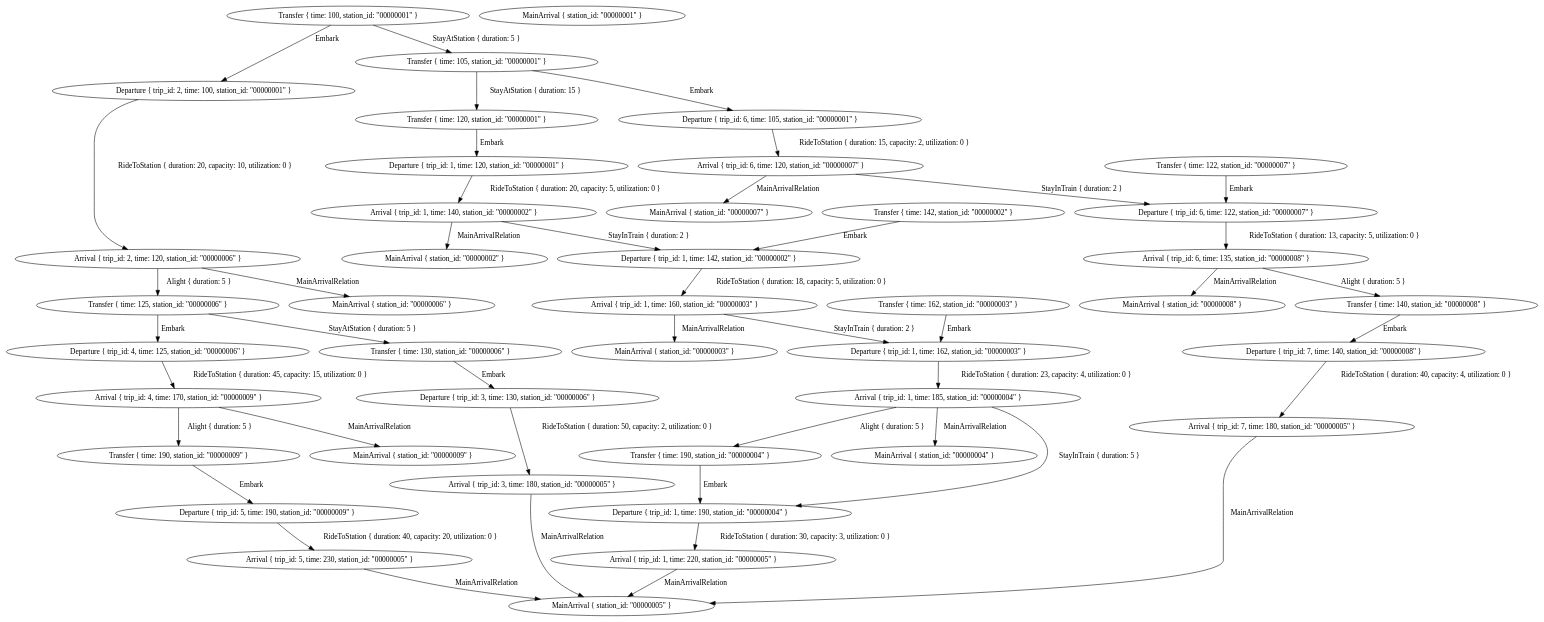
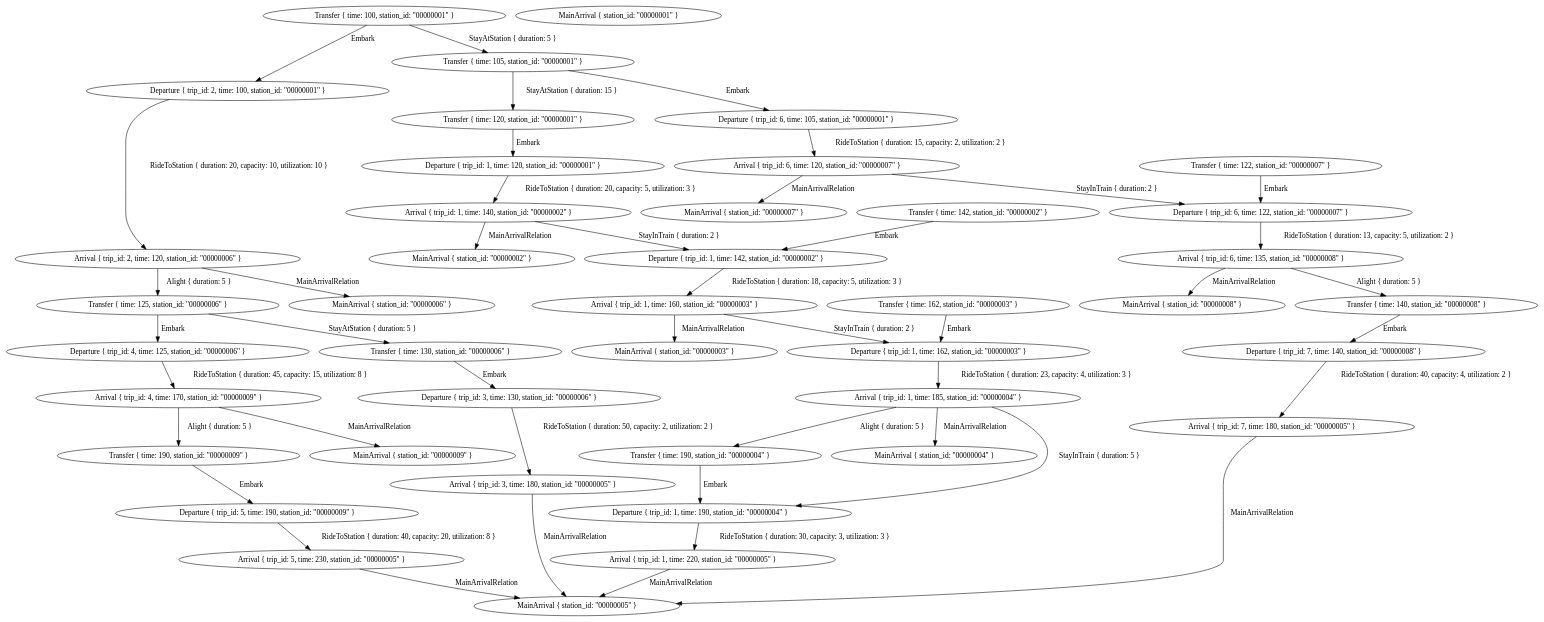
One commit to eliaswendt/mcfp-optimizer changed the diagram in graph.dot. Above: the diagram before and after it, drawn with Graphviz. The commit also changed 8 other files, not shown here.

```diff
--- a/graph.dot
+++ b/graph.dot
@@ -1,88 +1,88 @@
 digraph {
-    0 [ label = "Arrival { trip_id: 7, time: 180, station_id: \"00000005\" }" ]
-    1 [ label = "Departure { trip_id: 7, time: 140, station_id: \"00000008\" }" ]
-    2 [ label = "Arrival { trip_id: 6, time: 135, station_id: \"00000008\" }" ]
-    3 [ label = "Departure { trip_id: 6, time: 122, station_id: \"00000007\" }" ]
-    4 [ label = "Arrival { trip_id: 3, time: 180, station_id: \"00000005\" }" ]
-    5 [ label = "Departure { trip_id: 3, time: 130, station_id: \"00000006\" }" ]
-    6 [ label = "Arrival { trip_id: 5, time: 230, station_id: \"00000005\" }" ]
-    7 [ label = "Departure { trip_id: 5, time: 190, station_id: \"00000009\" }" ]
+    0 [ label = "Arrival { trip_id: 1, time: 220, station_id: \"00000005\" }" ]
+    1 [ label = "Departure { trip_id: 1, time: 190, station_id: \"00000004\" }" ]
+    2 [ label = "Arrival { trip_id: 2, time: 120, station_id: \"00000006\" }" ]
+    3 [ label = "Departure { trip_id: 2, time: 100, station_id: \"00000001\" }" ]
+    4 [ label = "Arrival { trip_id: 5, time: 230, station_id: \"00000005\" }" ]
+    5 [ label = "Departure { trip_id: 5, time: 190, station_id: \"00000009\" }" ]
+    6 [ label = "Arrival { trip_id: 1, time: 160, station_id: \"00000003\" }" ]
+    7 [ label = "Departure { trip_id: 1, time: 142, station_id: \"00000002\" }" ]
     8 [ label = "Arrival { trip_id: 4, time: 170, station_id: \"00000009\" }" ]
     9 [ label = "Departure { trip_id: 4, time: 125, station_id: \"00000006\" }" ]
-    10 [ label = "Arrival { trip_id: 1, time: 185, station_id: \"00000004\" }" ]
-    11 [ label = "Departure { trip_id: 1, time: 162, station_id: \"00000003\" }" ]
-    12 [ label = "Arrival { trip_id: 1, time: 220, station_id: \"00000005\" }" ]
-    13 [ label = "Departure { trip_id: 1, time: 190, station_id: \"00000004\" }" ]
-    14 [ label = "Arrival { trip_id: 2, time: 120, station_id: \"00000006\" }" ]
-    15 [ label = "Departure { trip_id: 2, time: 100, station_id: \"00000001\" }" ]
-    16 [ label = "Arrival { trip_id: 6, time: 120, station_id: \"00000007\" }" ]
-    17 [ label = "Departure { trip_id: 6, time: 105, station_id: \"00000001\" }" ]
-    18 [ label = "Arrival { trip_id: 1, time: 140, station_id: \"00000002\" }" ]
-    19 [ label = "Departure { trip_id: 1, time: 120, station_id: \"00000001\" }" ]
-    20 [ label = "Arrival { trip_id: 1, time: 160, station_id: \"00000003\" }" ]
-    21 [ label = "Departure { trip_id: 1, time: 142, station_id: \"00000002\" }" ]
-    22 [ label = "MainArrival { station_id: \"00000005\" }" ]
-    23 [ label = "MainArrival { station_id: \"00000002\" }" ]
-    24 [ label = "Transfer { time: 142, station_id: \"00000002\" }" ]
-    25 [ label = "MainArrival { station_id: \"00000008\" }" ]
-    26 [ label = "Transfer { time: 140, station_id: \"00000008\" }" ]
-    27 [ label = "MainArrival { station_id: \"00000003\" }" ]
-    28 [ label = "Transfer { time: 162, station_id: \"00000003\" }" ]
-    29 [ label = "MainArrival { station_id: \"00000001\" }" ]
-    30 [ label = "Transfer { time: 100, station_id: \"00000001\" }" ]
-    31 [ label = "Transfer { time: 105, station_id: \"00000001\" }" ]
-    32 [ label = "Transfer { time: 120, station_id: \"00000001\" }" ]
-    33 [ label = "MainArrival { station_id: \"00000007\" }" ]
-    34 [ label = "Transfer { time: 122, station_id: \"00000007\" }" ]
-    35 [ label = "MainArrival { station_id: \"00000009\" }" ]
-    36 [ label = "Transfer { time: 190, station_id: \"00000009\" }" ]
-    37 [ label = "MainArrival { station_id: \"00000006\" }" ]
+    10 [ label = "Arrival { trip_id: 7, time: 180, station_id: \"00000005\" }" ]
+    11 [ label = "Departure { trip_id: 7, time: 140, station_id: \"00000008\" }" ]
+    12 [ label = "Arrival { trip_id: 1, time: 185, station_id: \"00000004\" }" ]
+    13 [ label = "Departure { trip_id: 1, time: 162, station_id: \"00000003\" }" ]
+    14 [ label = "Arrival { trip_id: 3, time: 180, station_id: \"00000005\" }" ]
+    15 [ label = "Departure { trip_id: 3, time: 130, station_id: \"00000006\" }" ]
+    16 [ label = "Arrival { trip_id: 1, time: 140, station_id: \"00000002\" }" ]
+    17 [ label = "Departure { trip_id: 1, time: 120, station_id: \"00000001\" }" ]
+    18 [ label = "Arrival { trip_id: 6, time: 120, station_id: \"00000007\" }" ]
+    19 [ label = "Departure { trip_id: 6, time: 105, station_id: \"00000001\" }" ]
+    20 [ label = "Arrival { trip_id: 6, time: 135, station_id: \"00000008\" }" ]
+    21 [ label = "Departure { trip_id: 6, time: 122, station_id: \"00000007\" }" ]
+    22 [ label = "MainArrival { station_id: \"00000007\" }" ]
+    23 [ label = "Transfer { time: 122, station_id: \"00000007\" }" ]
+    24 [ label = "MainArrival { station_id: \"00000002\" }" ]
+    25 [ label = "Transfer { time: 142, station_id: \"00000002\" }" ]
+    26 [ label = "MainArrival { station_id: \"00000004\" }" ]
+    27 [ label = "Transfer { time: 190, station_id: \"00000004\" }" ]
+    28 [ label = "MainArrival { station_id: \"00000003\" }" ]
+    29 [ label = "Transfer { time: 162, station_id: \"00000003\" }" ]
+    30 [ label = "MainArrival { station_id: \"00000009\" }" ]
+    31 [ label = "Transfer { time: 190, station_id: \"00000009\" }" ]
+    32 [ label = "MainArrival { station_id: \"00000001\" }" ]
+    33 [ label = "Transfer { time: 100, station_id: \"00000001\" }" ]
+    34 [ label = "Transfer { time: 120, station_id: \"00000001\" }" ]
+    35 [ label = "Transfer { time: 105, station_id: \"00000001\" }" ]
+    36 [ label = "MainArrival { station_id: \"00000006\" }" ]
+    37 [ label = "Transfer { time: 125, station_id: \"00000006\" }" ]
     38 [ label = "Transfer { time: 130, station_id: \"00000006\" }" ]
-    39 [ label = "Transfer { time: 125, station_id: \"00000006\" }" ]
-    40 [ label = "MainArrival { station_id: \"00000004\" }" ]
-    41 [ label = "Transfer { time: 190, station_id: \"00000004\" }" ]
-    1 -> 0 [ label = "RideToStation { duration: 40, capacity: 4, utilization: 0 }" ]
-    3 -> 2 [ label = "RideToStation { duration: 13, capacity: 5, utilization: 0 }" ]
-    5 -> 4 [ label = "RideToStation { duration: 50, capacity: 2, utilization: 0 }" ]
-    7 -> 6 [ label = "RideToStation { duration: 40, capacity: 20, utilization: 0 }" ]
-    9 -> 8 [ label = "RideToStation { duration: 45, capacity: 15, utilization: 0 }" ]
-    11 -> 10 [ label = "RideToStation { duration: 23, capacity: 4, utilization: 0 }" ]
-    13 -> 12 [ label = "RideToStation { duration: 30, capacity: 3, utilization: 0 }" ]
-    15 -> 14 [ label = "RideToStation { duration: 20, capacity: 10, utilization: 0 }" ]
-    17 -> 16 [ label = "RideToStation { duration: 15, capacity: 2, utilization: 0 }" ]
-    19 -> 18 [ label = "RideToStation { duration: 20, capacity: 5, utilization: 0 }" ]
-    21 -> 20 [ label = "RideToStation { duration: 18, capacity: 5, utilization: 0 }" ]
-    6 -> 22 [ label = "MainArrivalRelation" ]
-    0 -> 22 [ label = "MainArrivalRelation" ]
-    4 -> 22 [ label = "MainArrivalRelation" ]
-    12 -> 22 [ label = "MainArrivalRelation" ]
-    24 -> 21 [ label = "Embark" ]
+    39 [ label = "MainArrival { station_id: \"00000008\" }" ]
+    40 [ label = "Transfer { time: 140, station_id: \"00000008\" }" ]
+    41 [ label = "MainArrival { station_id: \"00000005\" }" ]
+    1 -> 0 [ label = "RideToStation { duration: 30, capacity: 3, utilization: 3 }" ]
+    3 -> 2 [ label = "RideToStation { duration: 20, capacity: 10, utilization: 10 }" ]
+    5 -> 4 [ label = "RideToStation { duration: 40, capacity: 20, utilization: 8 }" ]
+    7 -> 6 [ label = "RideToStation { duration: 18, capacity: 5, utilization: 3 }" ]
+    9 -> 8 [ label = "RideToStation { duration: 45, capacity: 15, utilization: 8 }" ]
+    11 -> 10 [ label = "RideToStation { duration: 40, capacity: 4, utilization: 2 }" ]
+    13 -> 12 [ label = "RideToStation { duration: 23, capacity: 4, utilization: 3 }" ]
+    15 -> 14 [ label = "RideToStation { duration: 50, capacity: 2, utilization: 2 }" ]
+    17 -> 16 [ label = "RideToStation { duration: 20, capacity: 5, utilization: 3 }" ]
+    19 -> 18 [ label = "RideToStation { duration: 15, capacity: 2, utilization: 2 }" ]
+    21 -> 20 [ label = "RideToStation { duration: 13, capacity: 5, utilization: 2 }" ]
+    23 -> 21 [ label = "Embark" ]
     18 -> 21 [ label = "StayInTrain { duration: 2 }" ]
-    18 -> 23 [ label = "MainArrivalRelation" ]
-    26 -> 1 [ label = "Embark" ]
-    2 -> 25 [ label = "MainArrivalRelation" ]
-    2 -> 26 [ label = "Alight { duration: 5 }" ]
-    28 -> 11 [ label = "Embark" ]
-    20 -> 11 [ label = "StayInTrain { duration: 2 }" ]
-    20 -> 27 [ label = "MainArrivalRelation" ]
-    30 -> 15 [ label = "Embark" ]
-    31 -> 17 [ label = "Embark" ]
-    32 -> 19 [ label = "Embark" ]
-    30 -> 31 [ label = "StayAtStation { duration: 5 }" ]
-    31 -> 32 [ label = "StayAtStation { duration: 15 }" ]
-    34 -> 3 [ label = "Embark" ]
-    16 -> 3 [ label = "StayInTrain { duration: 2 }" ]
-    16 -> 33 [ label = "MainArrivalRelation" ]
-    36 -> 7 [ label = "Embark" ]
-    8 -> 35 [ label = "MainArrivalRelation" ]
-    8 -> 36 [ label = "Alight { duration: 5 }" ]
-    38 -> 5 [ label = "Embark" ]
-    39 -> 9 [ label = "Embark" ]
-    39 -> 38 [ label = "StayAtStation { duration: 5 }" ]
-    14 -> 37 [ label = "MainArrivalRelation" ]
-    14 -> 39 [ label = "Alight { duration: 5 }" ]
-    41 -> 13 [ label = "Embark" ]
-    10 -> 13 [ label = "StayInTrain { duration: 5 }" ]
-    10 -> 40 [ label = "MainArrivalRelation" ]
-    10 -> 41 [ label = "Alight { duration: 5 }" ]
+    18 -> 22 [ label = "MainArrivalRelation" ]
+    25 -> 7 [ label = "Embark" ]
+    16 -> 7 [ label = "StayInTrain { duration: 2 }" ]
+    16 -> 24 [ label = "MainArrivalRelation" ]
+    27 -> 1 [ label = "Embark" ]
+    12 -> 1 [ label = "StayInTrain { duration: 5 }" ]
+    12 -> 26 [ label = "MainArrivalRelation" ]
+    12 -> 27 [ label = "Alight { duration: 5 }" ]
+    29 -> 13 [ label = "Embark" ]
+    6 -> 13 [ label = "StayInTrain { duration: 2 }" ]
+    6 -> 28 [ label = "MainArrivalRelation" ]
+    31 -> 5 [ label = "Embark" ]
+    8 -> 30 [ label = "MainArrivalRelation" ]
+    8 -> 31 [ label = "Alight { duration: 5 }" ]
+    33 -> 3 [ label = "Embark" ]
+    34 -> 17 [ label = "Embark" ]
+    35 -> 19 [ label = "Embark" ]
+    33 -> 35 [ label = "StayAtStation { duration: 5 }" ]
+    35 -> 34 [ label = "StayAtStation { duration: 15 }" ]
+    37 -> 9 [ label = "Embark" ]
+    38 -> 15 [ label = "Embark" ]
+    37 -> 38 [ label = "StayAtStation { duration: 5 }" ]
+    2 -> 36 [ label = "MainArrivalRelation" ]
+    2 -> 37 [ label = "Alight { duration: 5 }" ]
+    40 -> 11 [ label = "Embark" ]
+    20 -> 39 [ label = "MainArrivalRelation" ]
+    20 -> 40 [ label = "Alight { duration: 5 }" ]
+    4 -> 41 [ label = "MainArrivalRelation" ]
+    14 -> 41 [ label = "MainArrivalRelation" ]
+    10 -> 41 [ label = "MainArrivalRelation" ]
+    0 -> 41 [ label = "MainArrivalRelation" ]
 }
```
